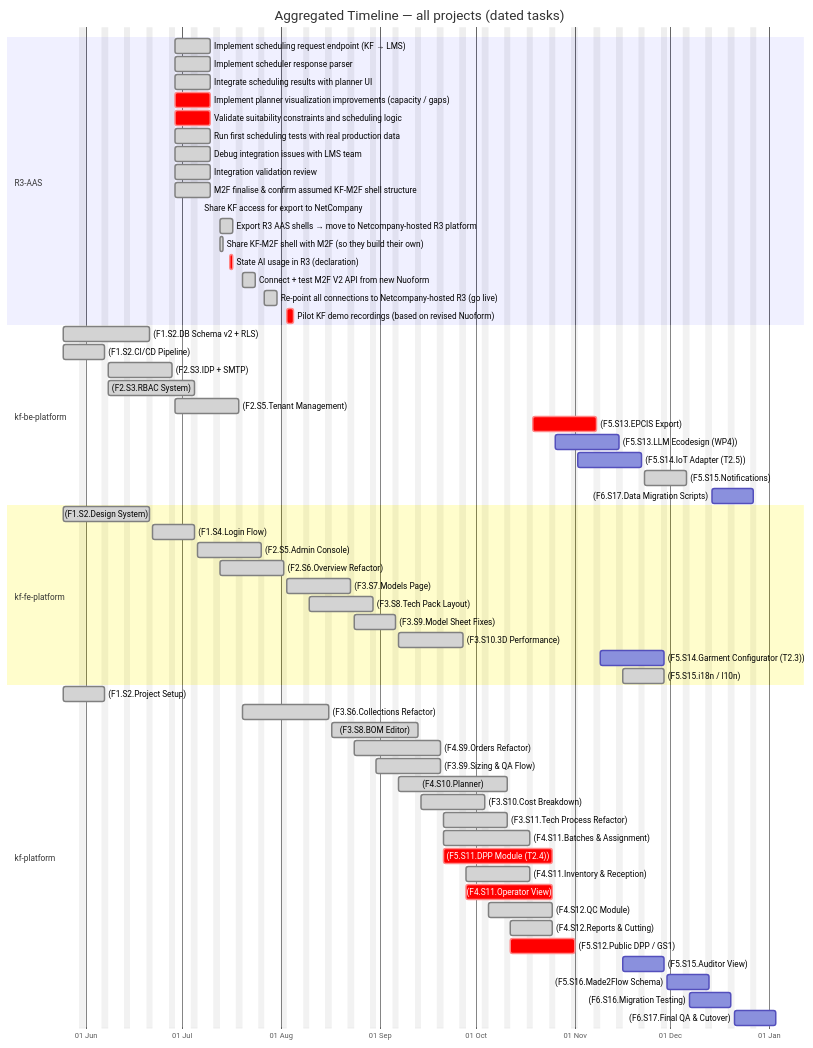
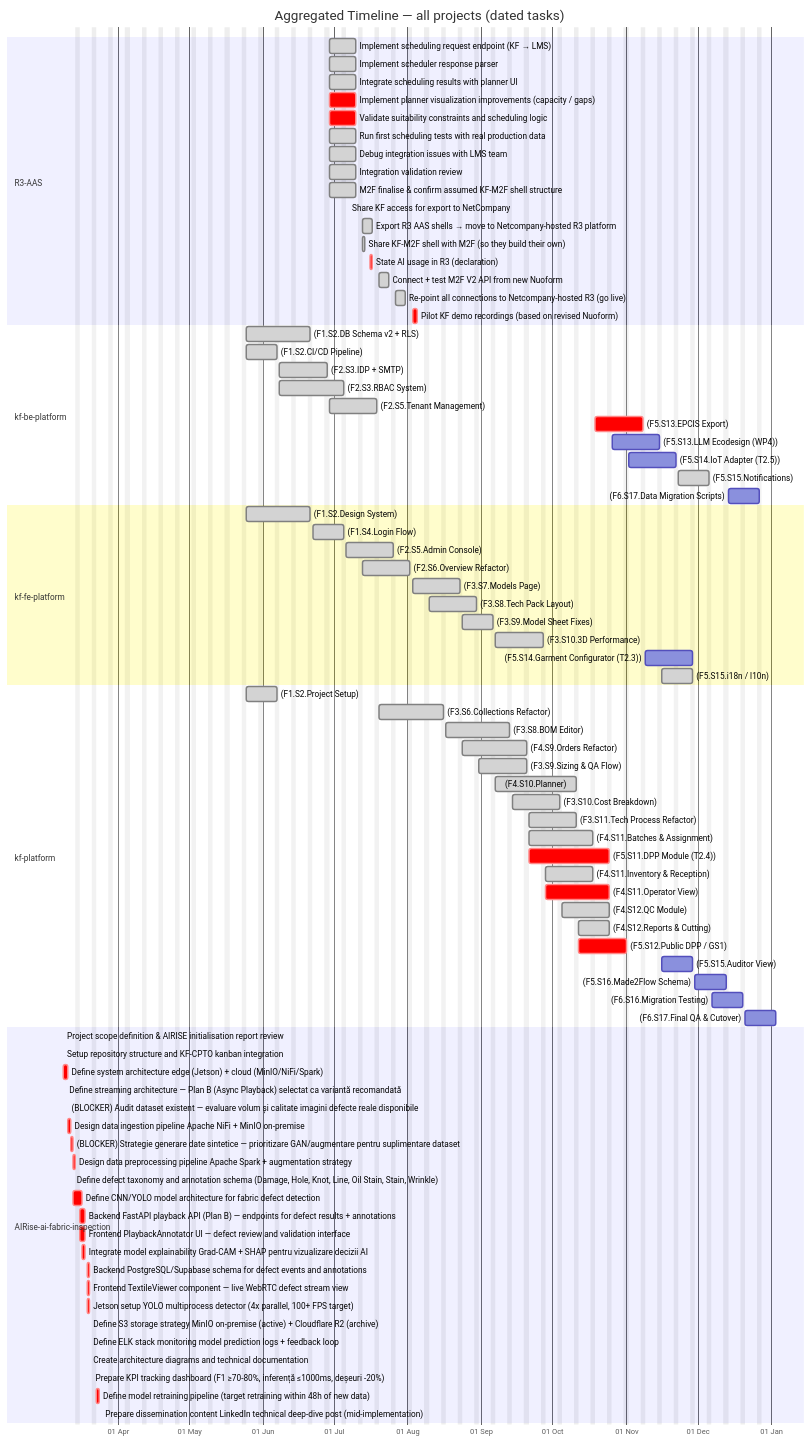
The third of 6 diagrams in docs/unified-calendar.md (Katty-Fashion/kf-cpto), drawn with Mermaid before and after one commit. The commit also changed other lines of this file and 52 other files, not shown here.

````diff
--- a/docs/unified-calendar.md
+++ b/docs/unified-calendar.md
@@ -156,4 +161,27 @@
     (F5.S16.Made2Flow Schema) :2026-11-30, 2026-12-13
     (F6.S16.Migration Testing) :2026-12-07, 2026-12-20
     (F6.S17.Final QA & Cutover) :2026-12-21, 2027-01-03
+    section AIRise-ai-fabric-inspection
+    Project scope definition & AIRISE initialisation report review :done, 2026-03-09, 2026-03-09
+    Setup repository structure and KF-CPTO kanban integration :done, 2026-03-09, 2026-03-09
+    Define system architecture edge (Jetson) + cloud (MinIO/NiFi/Spark) :crit, 2026-03-09, 2026-03-11
+    Define streaming architecture — Plan B (Async Playback) selectat ca variantă recomandată :crit, 2026-03-10, 2026-03-10
+    (BLOCKER) Audit dataset existent — evaluare volum și calitate imagini defecte reale disponibile :crit, 2026-03-11, 2026-03-11
+    Design data ingestion pipeline Apache NiFi + MinIO on-premise :crit, 2026-03-11, 2026-03-12
+    (BLOCKER) Strategie generare date sintetice — prioritizare GAN/augmentare pentru suplimentare dataset :crit, 2026-03-12, 2026-03-13
+    Design data preprocessing pipeline Apache Spark + augmentation strategy :crit, 2026-03-13, 2026-03-14
+    Define defect taxonomy and annotation schema (Damage, Hole, Knot, Line, Oil Stain, Stain, Wrinkle) :crit, 2026-03-13, 2026-03-13
+    Define CNN/YOLO model architecture for fabric defect detection :crit, 2026-03-13, 2026-03-17
+    Backend FastAPI playback API (Plan B) — endpoints for defect results + annotations :crit, 2026-03-16, 2026-03-18
+    Frontend PlaybackAnnotator UI — defect review and validation interface :crit, 2026-03-16, 2026-03-18
+    Integrate model explainability Grad-CAM + SHAP pentru vizualizare decizii AI :crit, 2026-03-17, 2026-03-18
+    Backend PostgreSQL/Supabase schema for defect events and annotations :crit, 2026-03-19, 2026-03-20
+    Frontend TextileViewer component — live WebRTC defect stream view :crit, 2026-03-19, 2026-03-20
+    Jetson setup YOLO multiprocess detector (4x parallel, 100+ FPS target) :crit, 2026-03-19, 2026-03-20
+    Define S3 storage strategy MinIO on-premise (active) + Cloudflare R2 (archive) :crit, 2026-03-20, 2026-03-20
+    Define ELK stack monitoring model prediction logs + feedback loop :crit, 2026-03-20, 2026-03-20
+    Create architecture diagrams and technical documentation :crit, 2026-03-20, 2026-03-20
+    Prepare KPI tracking dashboard (F1 ≥70-80%, inferență ≤1000ms, deșeuri -20%) :crit, 2026-03-21, 2026-03-21
+    Define model retraining pipeline (target retraining within 48h of new data) :crit, 2026-03-23, 2026-03-24
+    Prepare dissemination content LinkedIn technical deep-dive post (mid-implementation) :crit, 2026-03-25, 2026-03-25
 ```
````
